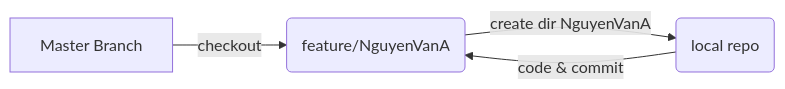
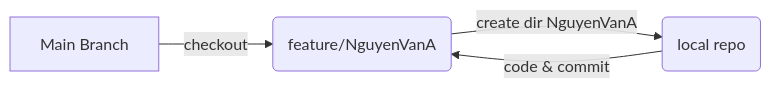
The diagram in README.md (vytran4love/Ansible-TOOA08), drawn with Mermaid before and after one commit. The commit also changed other lines of this file, not shown here.

````diff
--- a/README.md
+++ b/README.md
@@ -11,6 +11,6 @@
 ```mermaid
 graph LR
-  A[Master Branch] -- checkout --> B(feature/NguyenVanA)
+  A[Main Branch] -- checkout --> B(feature/NguyenVanA)
   B -- create dir NguyenVanA--> C(local repo)
   C -- code & commit --> B
 ```
````
